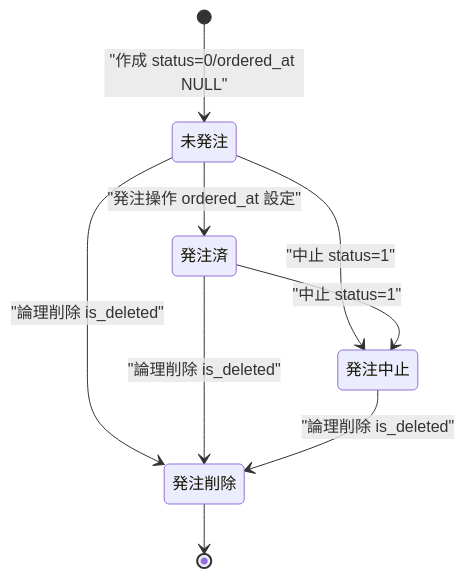
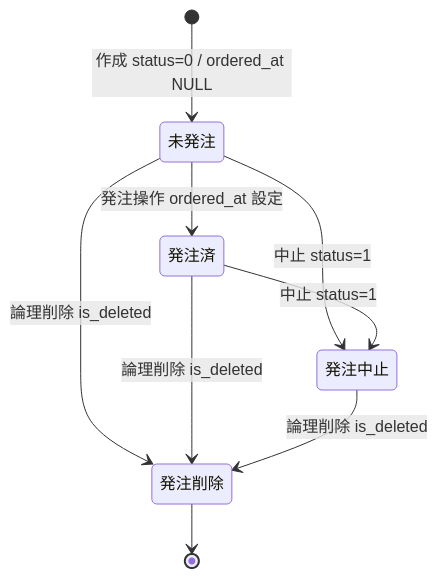
The sixth of 7 diagrams in docs/platform-design/database-design/32-oltp-manufacturer-schema.md (TSUNAGUBA/akebono-honshu), drawn with Mermaid before and after one commit. The commit also changed other lines of this file and 30 other files, not shown here.

````diff
--- a/docs/platform-design/database-design/32-oltp-manufacturer-schema.md
+++ b/docs/platform-design/database-design/32-oltp-manufacturer-schema.md
@@ -745,15 +775,15 @@
 ```mermaid
 stateDiagram-v2
   state "未発注" as S0
   state "発注済" as S1
   state "発注中止" as S2
   state "発注削除" as S3
-  [*] --> S0: "作成 status=0/ordered_at NULL"
-  S0 --> S1: "発注操作 ordered_at 設定"
-  S0 --> S2: "中止 status=1"
-  S1 --> S2: "中止 status=1"
-  S0 --> S3: "論理削除 is_deleted"
-  S1 --> S3: "論理削除 is_deleted"
-  S2 --> S3: "論理削除 is_deleted"
+  [*] --> S0: 作成 status=0 / ordered_at NULL
+  S0 --> S1: 発注操作 ordered_at 設定
+  S0 --> S2: 中止 status=1
+  S1 --> S2: 中止 status=1
+  S0 --> S3: 論理削除 is_deleted
+  S1 --> S3: 論理削除 is_deleted
+  S2 --> S3: 論理削除 is_deleted
   S3 --> [*]
 ```
````
